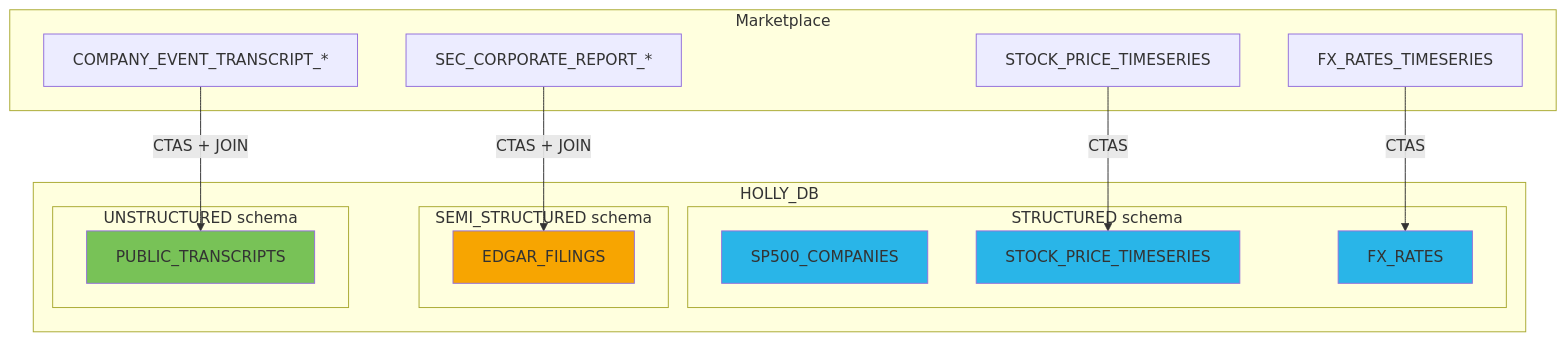
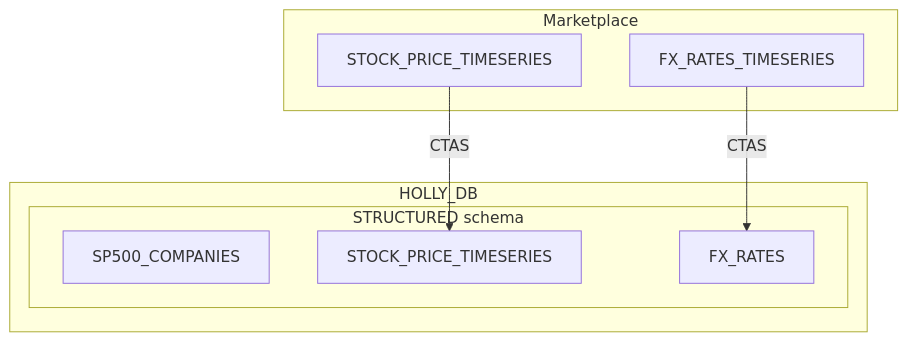
One commit to sfc-gh-cmoynihan/holly-labs changed the diagram in step_3_data_engineering/step3_readme.md. Above: the diagram before and after it, drawn with Mermaid. The commit also changed other lines of this file and 13 other files, not shown here.

````diff
--- a/step_3_data_engineering/step3_readme.md
+++ b/step_3_data_engineering/step3_readme.md
@@ -9,34 +9,18 @@
 ```mermaid
 graph TD
-    subgraph "Marketplace"
+    subgraph Marketplace
         M1[STOCK_PRICE_TIMESERIES]
-        M2[SEC_CORPORATE_REPORT_*]
-        M3[COMPANY_EVENT_TRANSCRIPT_*]
         M4[FX_RATES_TIMESERIES]
     end
 
-    subgraph "HOLLY_DB"
-        subgraph "STRUCTURED schema"
+    subgraph HOLLY_DB
+        subgraph StructuredSchema [STRUCTURED schema]
             S1[SP500_COMPANIES]
             S2[STOCK_PRICE_TIMESERIES]
             S3[FX_RATES]
         end
-        subgraph "SEMI_STRUCTURED schema"
-            SS1[EDGAR_FILINGS]
-        end
-        subgraph "UNSTRUCTURED schema"
-            U1[PUBLIC_TRANSCRIPTS]
-        end
     end
 
     M1 -->|CTAS| S2
-    M2 -->|CTAS + JOIN| SS1
-    M3 -->|CTAS + JOIN| U1
     M4 -->|CTAS| S3
-
-    style S1 fill:#29B5E8
-    style S2 fill:#29B5E8
-    style S3 fill:#29B5E8
-    style SS1 fill:#F7A501
-    style U1 fill:#78C257
 ```
````
